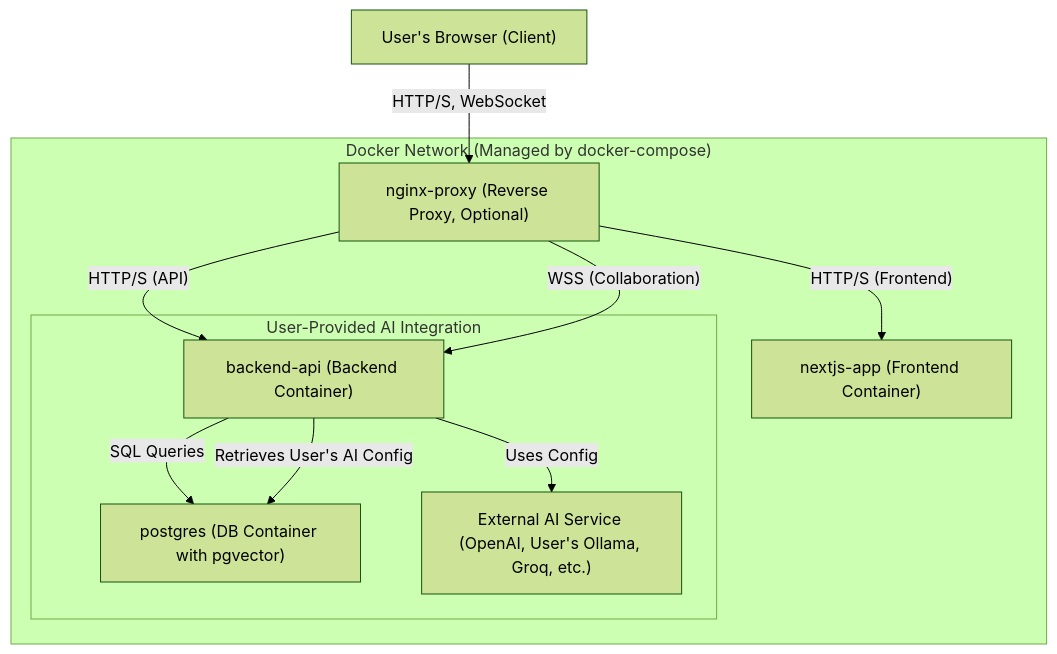
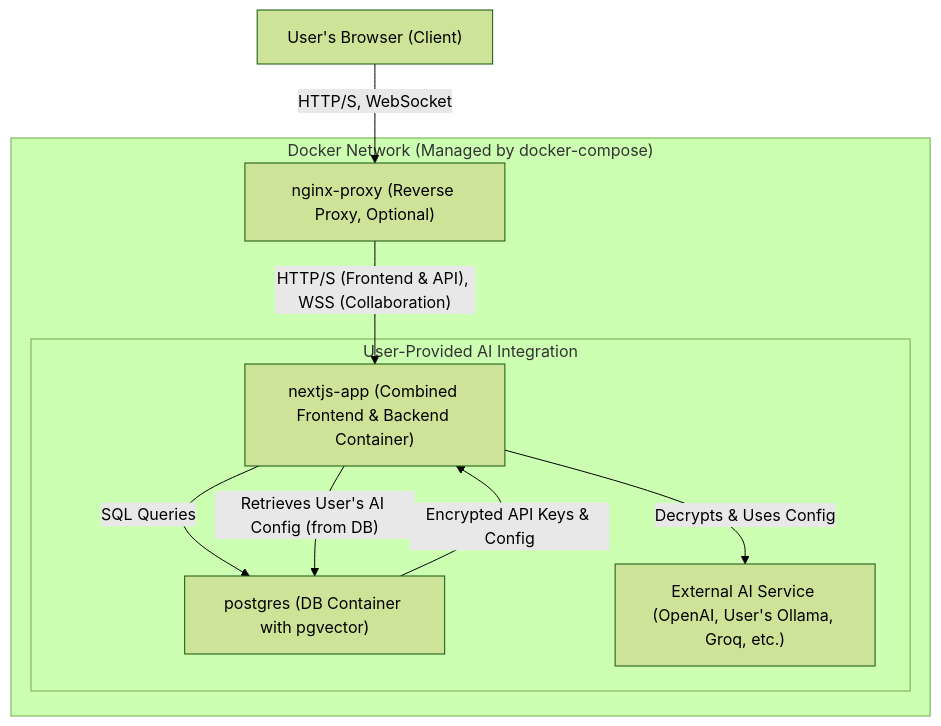
Before and after one commit to ncls-p/notes: the diagram in README.md, drawn with Mermaid (forest theme). The commit also changed other lines of this file and 42 other files, not shown here.

````diff
--- a/README.md
+++ b/README.md
@@ -72,17 +72,16 @@
 ```mermaid
 graph TD
     A["User's Browser (Client)"] -- HTTP/S, WebSocket --> B["nginx-proxy (Reverse Proxy, Optional)"]
 
     subgraph "Docker Network (Managed by docker-compose)"
-        B -- HTTP/S (Frontend) --> C["nextjs-app (Frontend Container)"]
-        B -- HTTP/S (API) --> D["backend-api (Backend Container)"]
-        B -- WSS (Collaboration) --> D
+        B -- HTTP/S (Frontend & API), WSS (Collaboration) --> C["nextjs-app (Combined Frontend & Backend Container)"]
 
-        D -- SQL Queries --> E["postgres (DB Container with pgvector)"]
+        C -- SQL Queries --> E["postgres (DB Container with pgvector)"]
 
         subgraph "User-Provided AI Integration"
-            D -- Retrieves User's AI Config --> E
-            D -- Uses Config --> F["External AI Service (OpenAI, User's Ollama, Groq, etc.)"]
+            C -- Retrieves User's AI Config (from DB) --> E
+            E -- Encrypted API Keys & Config --> C
+            C -- Decrypts & Uses Config --> F["External AI Service (OpenAI, User's Ollama, Groq, etc.)"]
         end
     end
 ```
````
